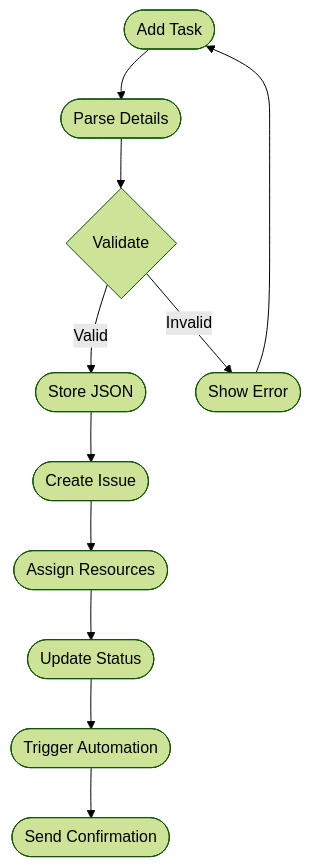
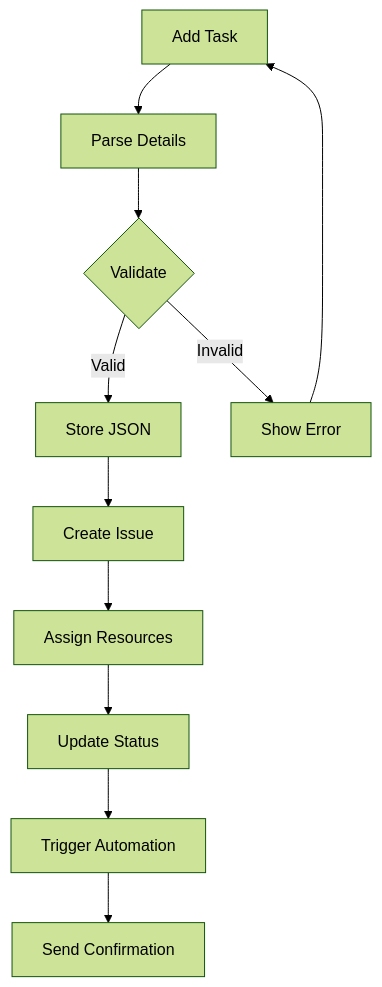
One commit to Shakour-Data/AutoProjectManagement changed the fifth of 11 diagrams in README.md. Above: the diagram before and after it, drawn with Mermaid (forest theme). The commit also changed other lines of this file, not shown here.

Commit message:
`Update README.md with revised Mermaid diagrams for system architecture, project initialization, wiki synchronization, task management, and progress tracking processes.`

````diff
--- a/README.md
+++ b/README.md
@@ -84,13 +84,13 @@
 ```mermaid
 flowchart TD
-    A([Add Task]) --> B([Parse Details])
-    B --> C{Validate}
-    C -->|Valid| D([Store JSON])
-    C -->|Invalid| E([Show Error])
-    E --> A
-    D --> F([Create Issue])
-    F --> G([Assign Resources])
-    G --> H([Update Status])
-    H --> I([Trigger Automation])
-    I --> J([Send Confirmation])
+    AddTask[Add Task] --> ParseDetails[Parse Details]
+    ParseDetails --> Validate{Validate}
+    Validate -->|Valid| StoreJSON[Store JSON]
+    Validate -->|Invalid| ShowError[Show Error]
+    ShowError --> AddTask
+    StoreJSON --> CreateIssue[Create Issue]
+    CreateIssue --> AssignResources[Assign Resources]
+    AssignResources --> UpdateStatus[Update Status]
+    UpdateStatus --> TriggerAuto[Trigger Automation]
+    TriggerAuto --> SendConfirm[Send Confirmation]
 ```
````
